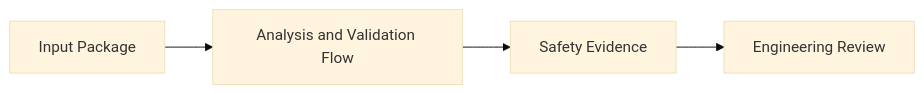
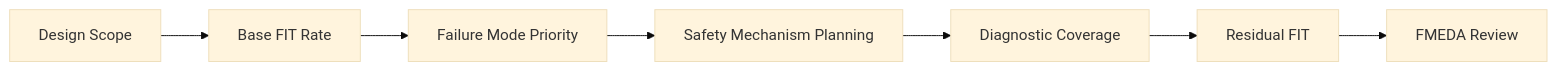
Before and after one commit to qiqixixi1001/automotive-safeic-practice: the first of 6 diagrams in articles/02_automotive_safeic_practice_d02_github_en_generic.md, drawn with Mermaid (base theme). The commit also changed other lines of this file, not shown here.

````diff
--- a/articles/02_automotive_safeic_practice_d02_github_en_generic.md
+++ b/articles/02_automotive_safeic_practice_d02_github_en_generic.md
@@ -56,6 +111,9 @@
 ```mermaid
 flowchart LR
-    A[Input Package] --> B[Analysis and Validation Flow]
-    B --> C[Safety Evidence]
-    C --> D[Engineering Review]
+    A[Design Scope] --> B[Base FIT Rate]
+    B --> C[Failure Mode Priority]
+    C --> D[Safety Mechanism Planning]
+    D --> E[Diagnostic Coverage]
+    E --> F[Residual FIT]
+    F --> G[FMEDA Review]
 ```
````
